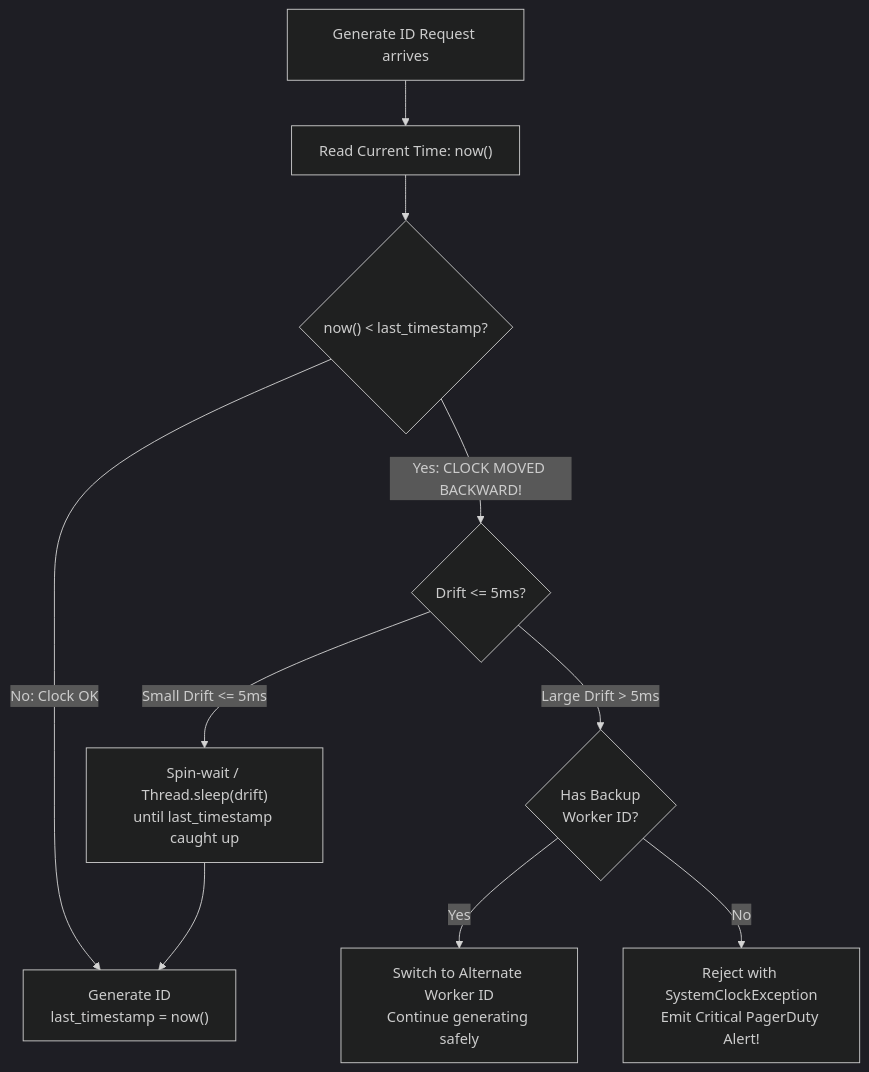
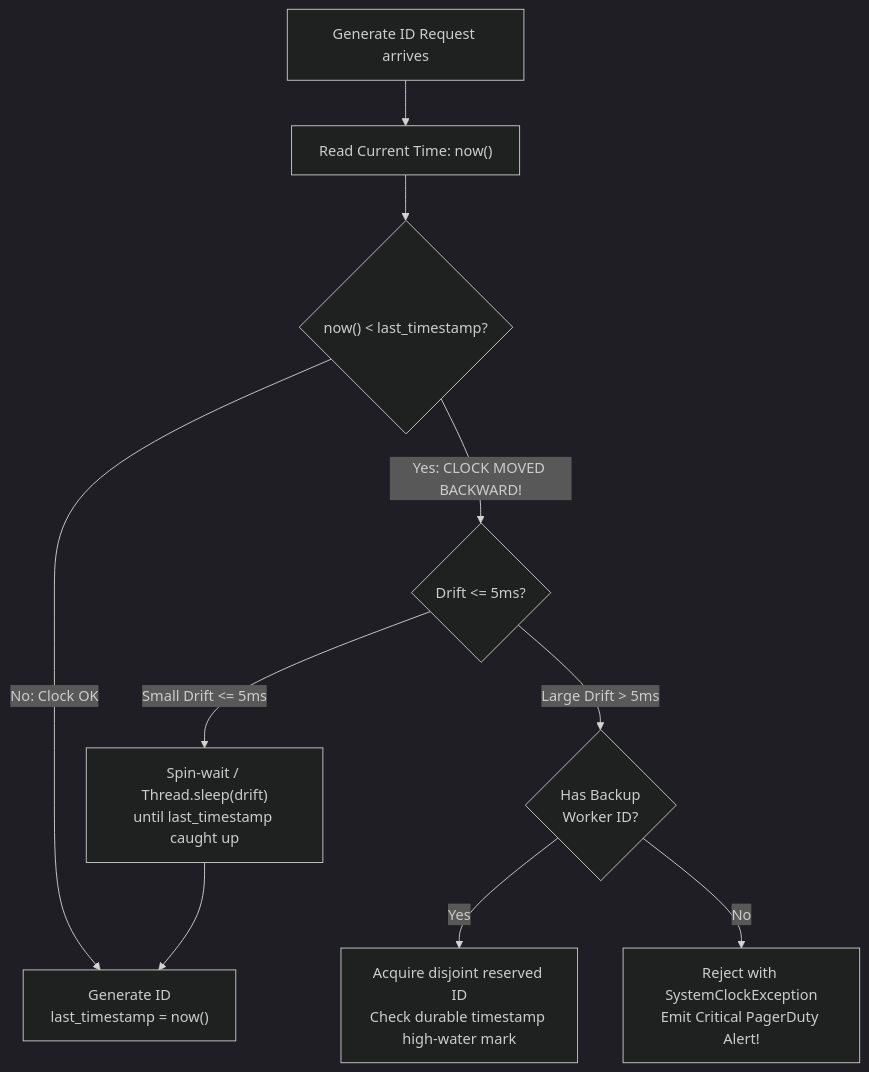
The second of 4 diagrams in 07. Unique-Id Generator/Readme.md (abhinnaagrawal/system-design-notes), drawn with Mermaid (dark theme) before and after one commit. The commit also changed other lines of this file and 83 other files, not shown here.

````diff
--- a/07. Unique-Id Generator/Readme.md
+++ b/07. Unique-Id Generator/Readme.md
@@ -175,16 +179,16 @@
 ```mermaid
 flowchart TD
     Req["Generate ID Request arrives"] --> ReadClock["Read Current Time: now()"]
     ReadClock --> Compare{"now() < last_timestamp?"}
     
     Compare -->|No: Clock OK| GenID["Generate ID<br/>last_timestamp = now()"]
     
     Compare -->|Yes: CLOCK MOVED BACKWARD!| CheckDrift{"Drift <= 5ms?"}
     
     CheckDrift -->|Small Drift <= 5ms| SpinWait["Spin-wait / Thread.sleep(drift)<br/>until last_timestamp caught up"]
     SpinWait --> GenID
     
     CheckDrift -->|Large Drift > 5ms| FailSafe{"Has Backup<br/>Worker ID?"}
-    FailSafe -->|Yes| SwitchID["Switch to Alternate Worker ID<br/>Continue generating safely"]
+    FailSafe -->|Yes| SwitchID["Acquire disjoint reserved ID<br/>Check durable timestamp high-water mark"]
     FailSafe -->|No| Reject["Reject with SystemClockException<br/>Emit Critical PagerDuty Alert!"]
 ```
````
